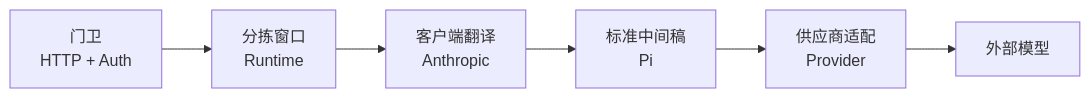
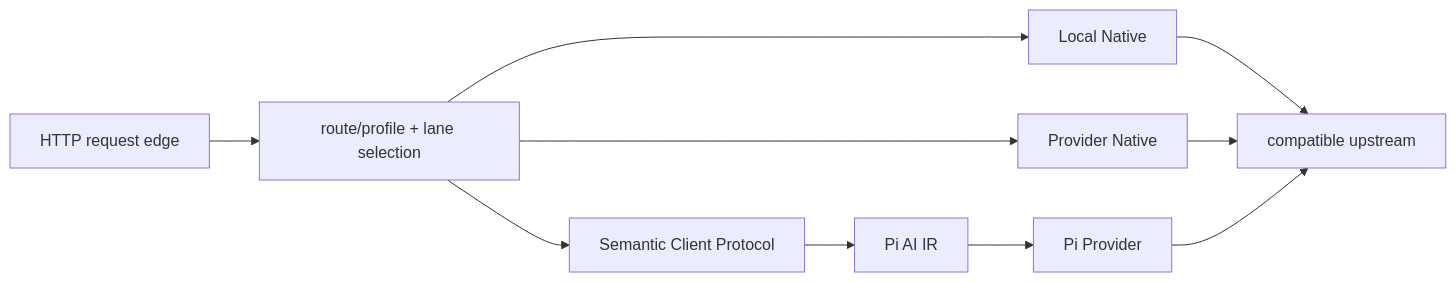
Before and after one commit to keeplearning2026/LuckyToken: the third of 19 diagrams in doc/LuckyTokenArchitecture.md, drawn with Mermaid. The commit also changed other lines of this file and 19 other files, not shown here.

Commit message:
docs: synchronize current architecture and product guidance

````diff
--- a/doc/LuckyTokenArchitecture.md
+++ b/doc/LuckyTokenArchitecture.md
@@ -229,8 +230,12 @@
 ```mermaid
 flowchart LR
-    Gate["门卫<br/>HTTP + Auth"] --> Desk["分拣窗口<br/>Runtime"]
-    Desk --> Translator["客户端翻译<br/>Anthropic"]
-    Translator --> Standard["标准中间稿<br/>Pi"]
-    Standard --> Buyer["供应商适配<br/>Provider"]
-    Buyer --> Supplier["外部模型"]
+    Edge["HTTP request edge"] --> Desk["route/profile + lane selection"]
+    Desk --> Local["Local Native"]
+    Desk --> Native["Provider Native"]
+    Desk --> Translator["Semantic Client Protocol"]
+    Translator --> Standard["Pi AI IR"]
+    Standard --> Buyer["Pi Provider"]
+    Local --> Supplier["compatible upstream"]
+    Native --> Supplier
+    Buyer --> Supplier
 ```
````
